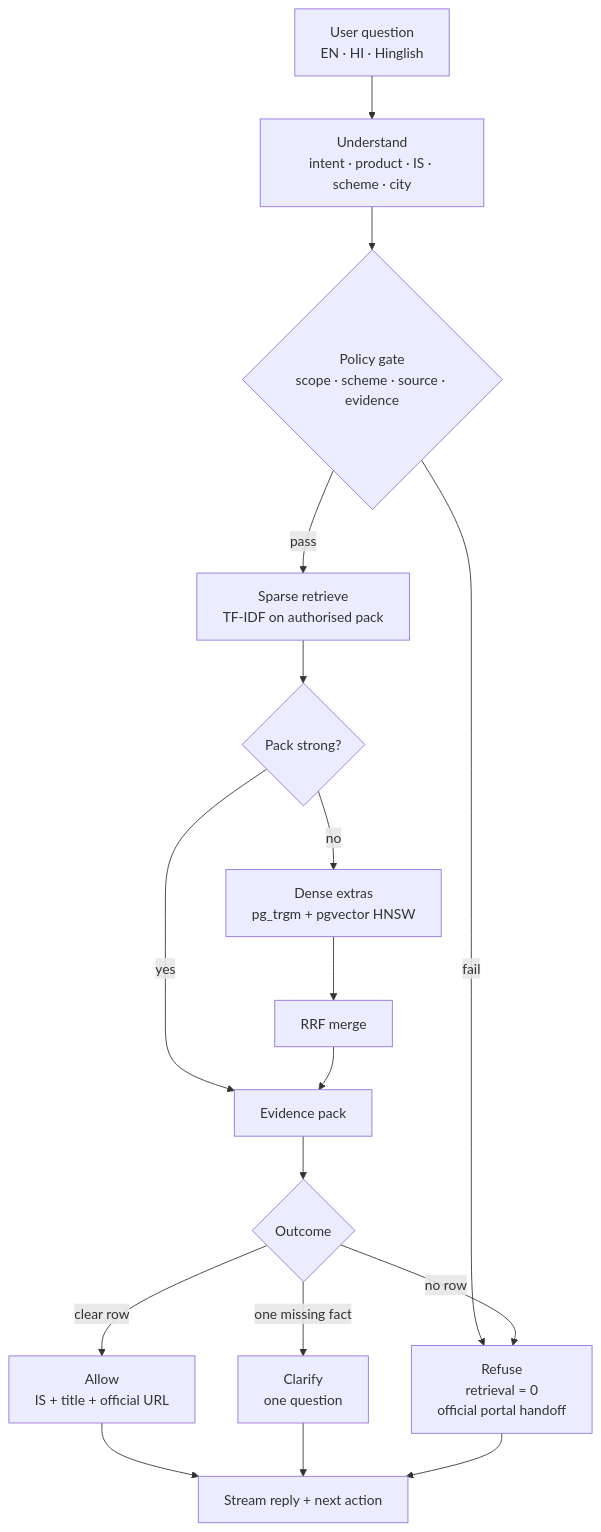
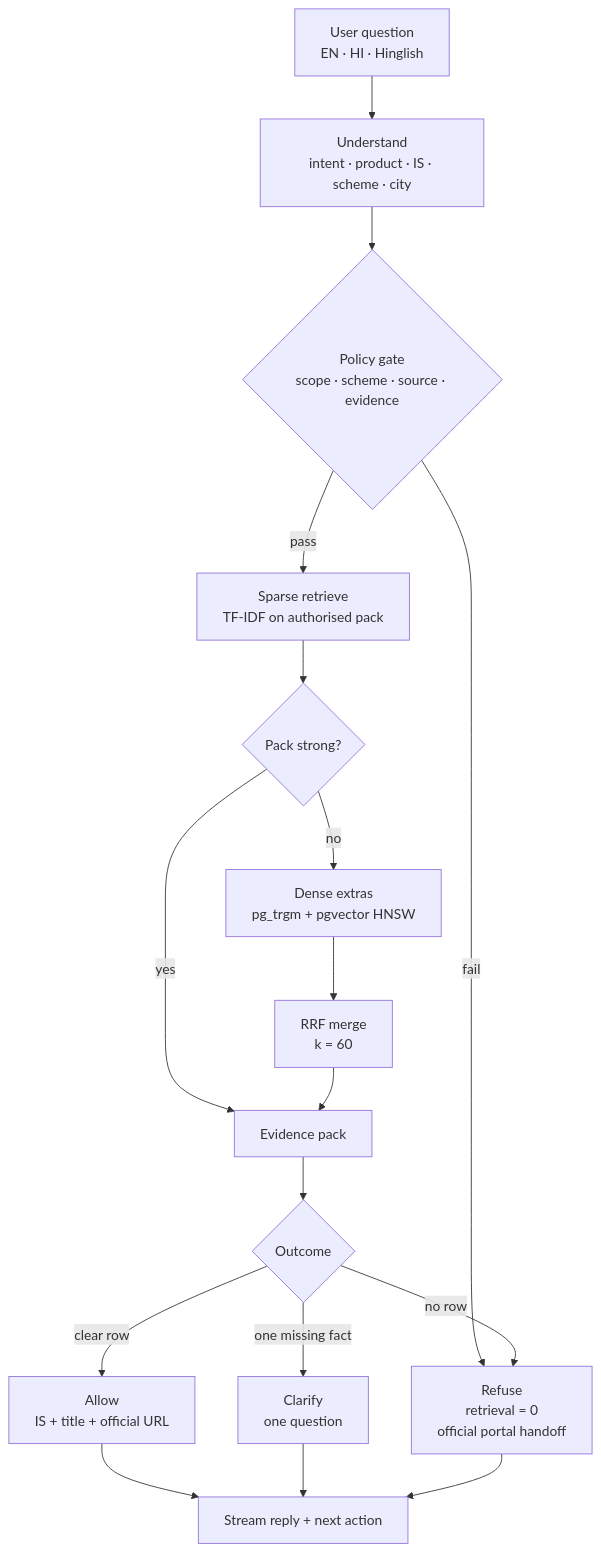
Before and after one commit to owais265/ManakMitra: the diagram in README.md, drawn with Mermaid. The commit also changed other lines of this file, not shown here.

Commit message:
Point the README at RRF fusion and the gate trace.

````diff
--- a/README.md
+++ b/README.md
@@ -135,19 +135,19 @@
 ```mermaid
 flowchart TD
   Q[User question<br/>EN · HI · Hinglish] --> U[Understand<br/>intent · product · IS · scheme · city]
   U --> G{Policy gate<br/>scope · scheme · source · evidence}
   G -->|fail| X[Refuse<br/>retrieval = 0<br/>official portal handoff]
   G -->|pass| S[Sparse retrieve<br/>TF-IDF on authorised pack]
   S --> W{Pack strong?}
   W -->|yes| E[Evidence pack]
   W -->|no| H[Dense extras<br/>pg_trgm + pgvector HNSW]
-  H --> F[RRF merge]
+  H --> F[RRF merge<br/>k = 60]
   F --> E
   E --> O{Outcome}
   O -->|clear row| A[Allow<br/>IS + title + official URL]
   O -->|one missing fact| C[Clarify<br/>one question]
   O -->|no row| X
   A --> R[Stream reply + next action]
   C --> R
   X --> R
 ```
````
